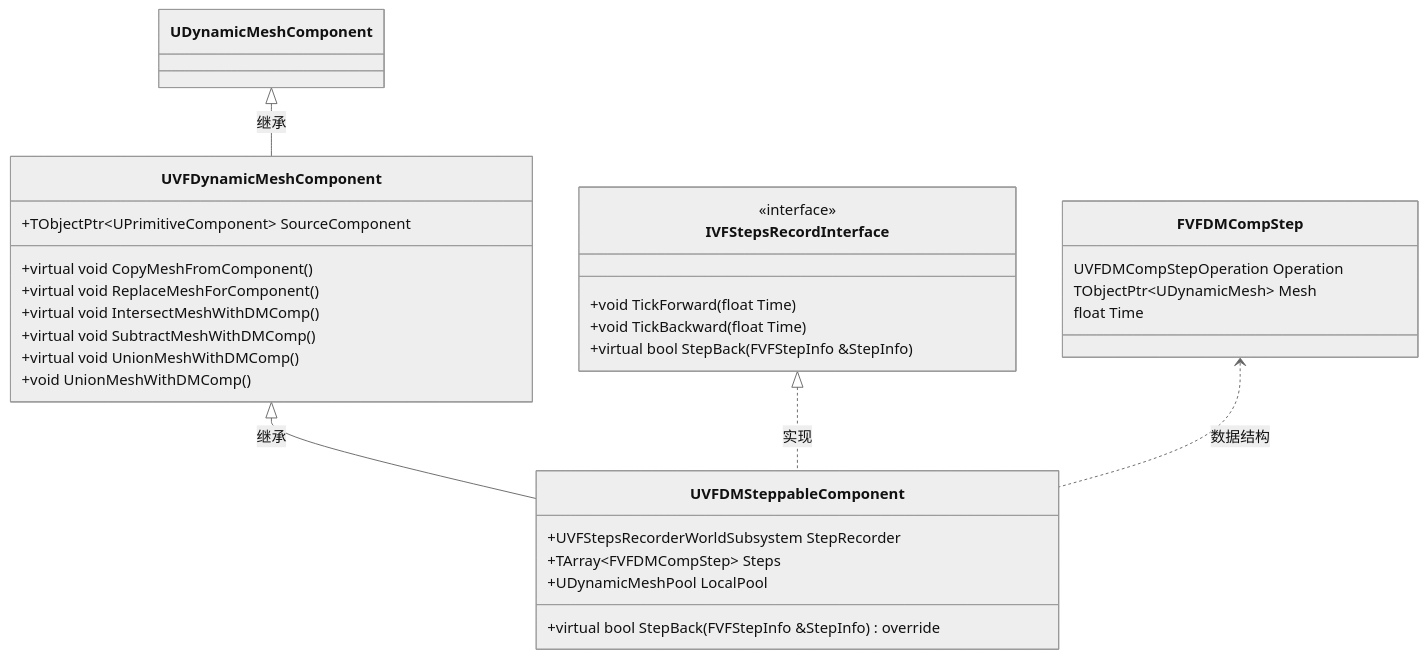
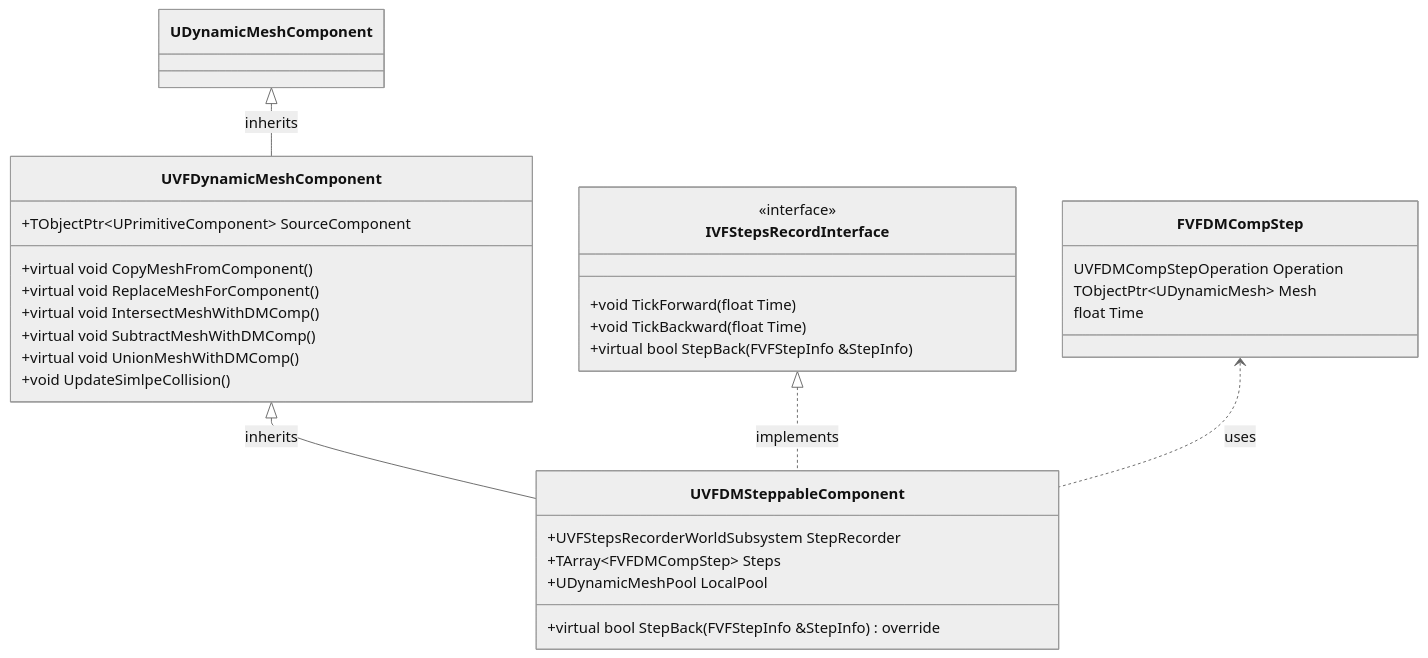
The third of 9 diagrams in README.md (StrangeDS/ViewFinderRe), drawn with Mermaid (neutral theme) before and after one commit. The commit also changed other lines of this file and 1 other file, not shown here.

````diff
--- a/README.md
+++ b/README.md
@@ -429,39 +1091,39 @@
 ```mermaid
 classDiagram
     class UVFDynamicMeshComponent {
       +TObjectPtr~UPrimitiveComponent~ SourceComponent
 
       +virtual void CopyMeshFromComponent()
       +virtual void ReplaceMeshForComponent()
       +virtual void IntersectMeshWithDMComp()
       +virtual void SubtractMeshWithDMComp()
       +virtual void UnionMeshWithDMComp()
-      +void UnionMeshWithDMComp()
+      +void UpdateSimlpeCollision()
     }
 
     class IVFStepsRecordInterface {
       <<interface>>
       +void TickForward(float Time)
       +void TickBackward(float Time)
       +virtual bool StepBack(FVFStepInfo &StepInfo)
     }
 
     class FVFDMCompStep {
       UVFDMCompStepOperation Operation
       TObjectPtr~UDynamicMesh~ Mesh
       float Time
     }
 
     class UVFDMSteppableComponent {
       +UVFStepsRecorderWorldSubsystem StepRecorder
       +TArray~FVFDMCompStep~ Steps
       +UDynamicMeshPool LocalPool
 
       +virtual bool StepBack(FVFStepInfo &StepInfo) override
     }
 
-    UDynamicMeshComponent <|-- UVFDynamicMeshComponent: 继承
-    UVFDynamicMeshComponent <|-- UVFDMSteppableComponent: 继承
-    IVFStepsRecordInterface <|.. UVFDMSteppableComponent: 实现
-    FVFDMCompStep <.. UVFDMSteppableComponent: 数据结构
+    UDynamicMeshComponent <|-- UVFDynamicMeshComponent: inherits
+    UVFDynamicMeshComponent <|-- UVFDMSteppableComponent: inherits
+    IVFStepsRecordInterface <|.. UVFDMSteppableComponent: implements
+    FVFDMCompStep <.. UVFDMSteppableComponent: uses
 ```
````
